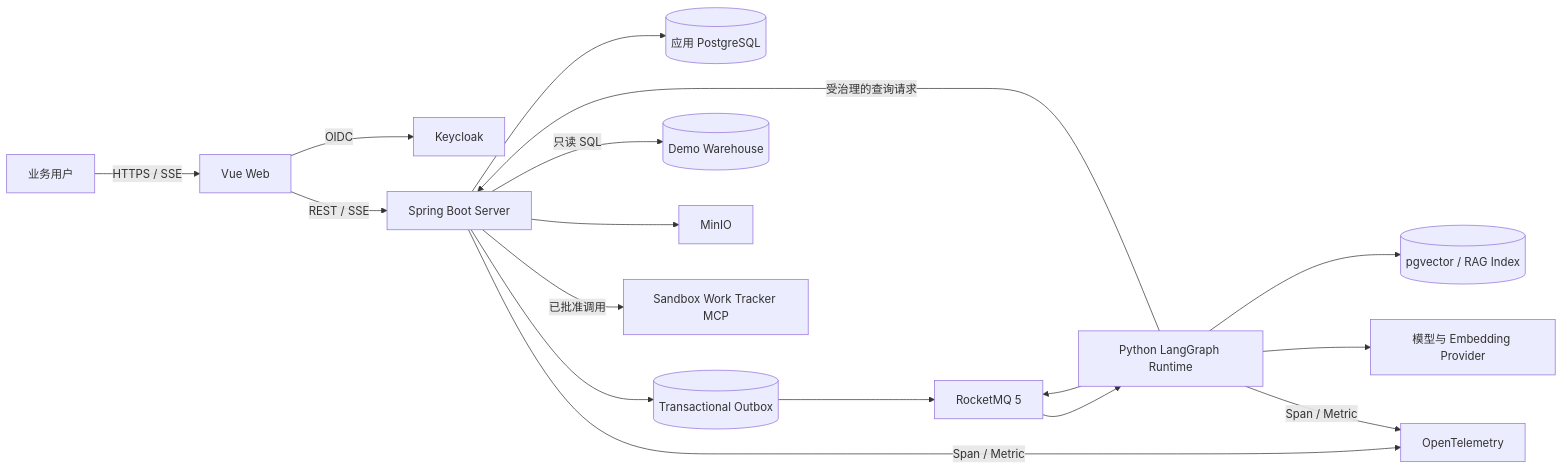
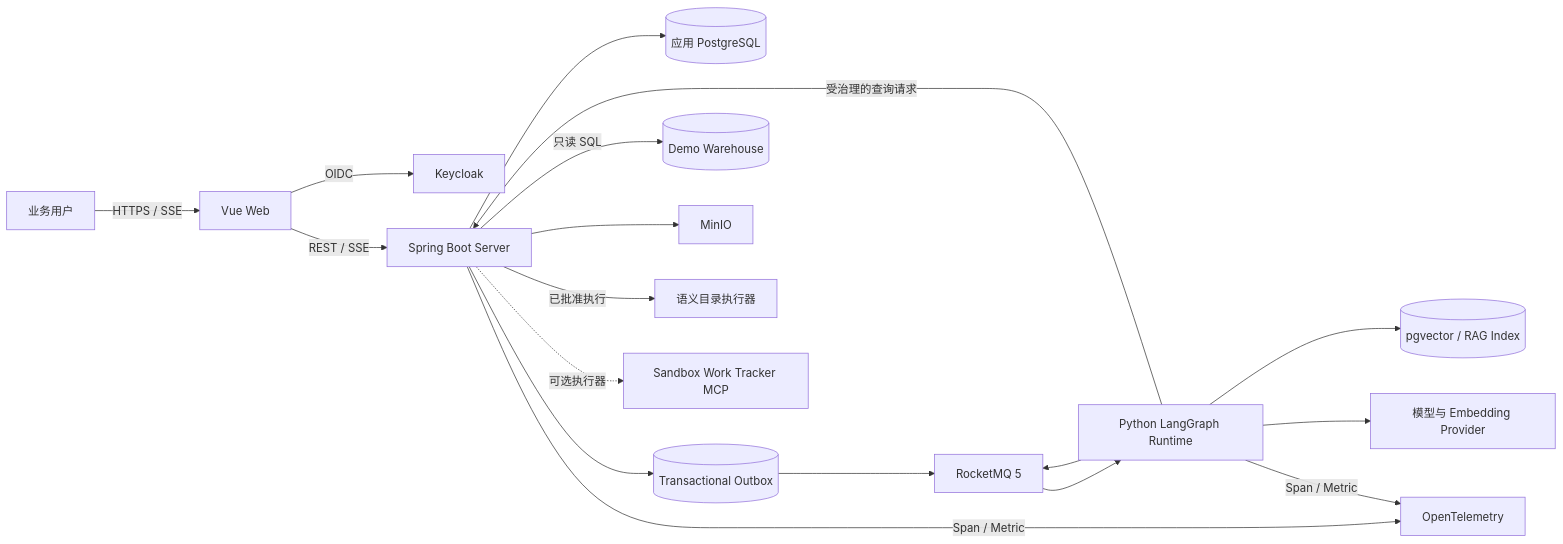
One commit to asfgas2fsd34t/askmetric changed the diagram in docs/architecture.md. Above: the diagram before and after it, drawn with Mermaid. The commit also changed other lines of this file and 5 other files, not shown here.

````diff
--- a/docs/architecture.md
+++ b/docs/architecture.md
@@ -18,23 +18,24 @@
 ```mermaid
 flowchart LR
     U[业务用户] -->|HTTPS / SSE| W[Vue Web]
     W -->|OIDC| K[Keycloak]
     W -->|REST / SSE| J[Spring Boot Server]
 
     J --> AP[(应用 PostgreSQL)]
     J --> O[(Transactional Outbox)]
     O --> R[RocketMQ 5]
     R --> P[Python LangGraph Runtime]
     P --> R
 
     P -->|受治理的查询请求| J
     J -->|只读 SQL| D[(Demo Warehouse)]
 
     J --> M[MinIO]
     P --> V[(pgvector / RAG Index)]
     P --> L[模型与 Embedding Provider]
 
-    J -->|已批准调用| MCP[Sandbox Work Tracker MCP]
+    J -->|已批准执行| CAT[语义目录执行器]
+    J -.->|可选执行器| MCP[Sandbox Work Tracker MCP]
     J -->|Span / Metric| OT[OpenTelemetry]
     P -->|Span / Metric| OT
 ```
````
